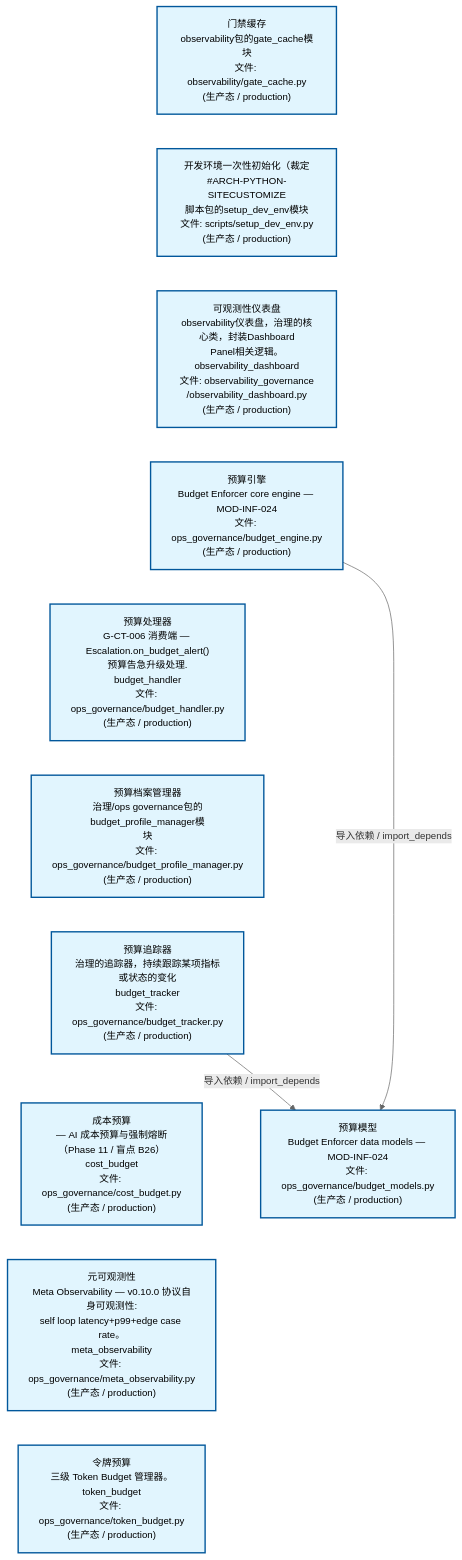
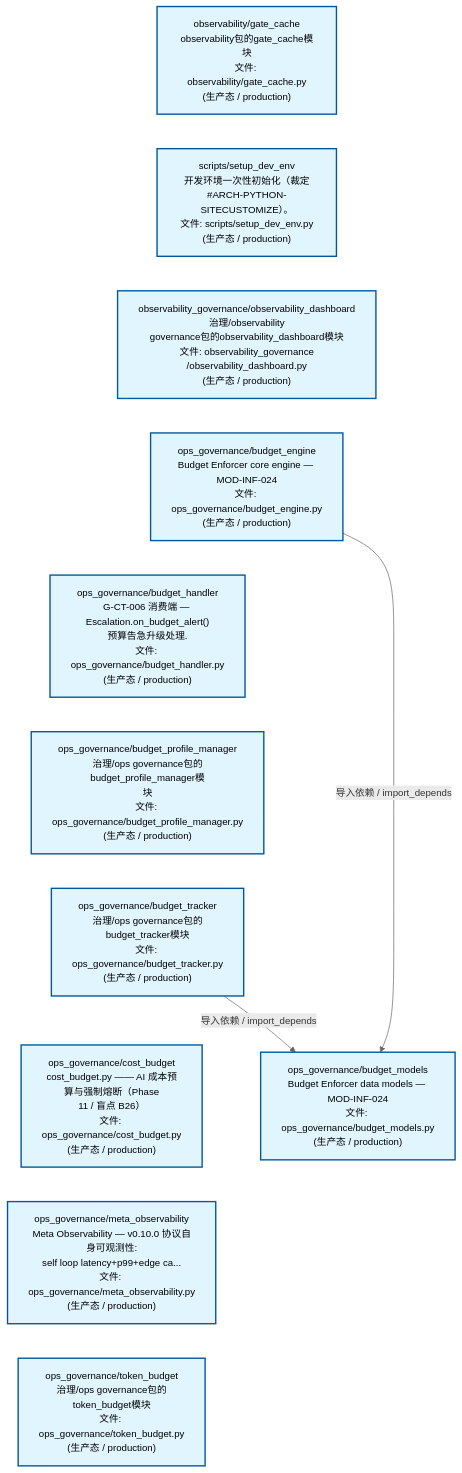
The second of 3 diagrams in docs/02_enterprise_architecture/02_domain_architecture_docs/24_d_ops.md (xuanFelixVan/ZephyrAlpha), drawn with Mermaid before and after one commit. The commit also changed other lines of this file and 58 other files, not shown here.

````diff
--- a/docs/02_enterprise_architecture/02_domain_architecture_docs/24_d_ops.md
+++ b/docs/02_enterprise_architecture/02_domain_architecture_docs/24_d_ops.md
@@ -126,31 +125,31 @@
 ```mermaid
 %%{init: {'theme': 'base', 'themeVariables': {'primaryColor': '#eaeaea', 'primaryTextColor': '#333333', 'primaryBorderColor': '#666666', 'lineColor': '#666666', 'secondaryColor': '#eaeaea', 'tertiaryColor': '#eaeaea', 'fontSize': '14px'}}}%%
 flowchart TD
-    scripts_governance_observability_gate_cache_py["门禁缓存<br/>observability包的gate_cache模块<br/>文件: observability/gate_cache.py<br/>(生产态 / production)"]
-    scripts_setup_dev_env_py["开发环境一次性初始化（裁定<br/>#ARCH-PYTHON-SITECUSTOMIZE<br/>脚本包的setup_dev_env模块<br/>文件: scripts/setup_dev_env.py<br/>(生产态 / production)"]
-    src_zephyr_governance_observability_governance_observability_dashboard_py["可观测性仪表盘<br/>observability仪表盘，治理的核心类，封装Dashboard<br/>Panel相关逻辑。<br/>observability_dashboard<br/>文件: observability_governance<br/>/observability_dashboard.py<br/>(生产态 / production)"]
-    src_zephyr_governance_ops_governance_budget_engine_py["预算引擎<br/>Budget Enforcer core engine — MOD-INF-024<br/>文件: ops_governance/budget_engine.py<br/>(生产态 / production)"]
-    src_zephyr_governance_ops_governance_budget_handler_py["预算处理器<br/>G-CT-006 消费端 — Escalation.on_budget_alert()<br/>预算告急升级处理.<br/>budget_handler<br/>文件: ops_governance/budget_handler.py<br/>(生产态 / production)"]
-    src_zephyr_governance_ops_governance_budget_profile_manager_py["预算档案管理器<br/>治理/ops governance包的budget_profile_manager模<br/>块<br/>文件: ops_governance/budget_profile_manager.py<br/>(生产态 / production)"]
-    src_zephyr_governance_ops_governance_budget_tracker_py["预算追踪器<br/>治理的追踪器，持续跟踪某项指标或状态的变化<br/>budget_tracker<br/>文件: ops_governance/budget_tracker.py<br/>(生产态 / production)"]
-    src_zephyr_governance_ops_governance_cost_budget_py["成本预算<br/>— AI 成本预算与强制熔断（Phase 11 / 盲点 B26）<br/>cost_budget<br/>文件: ops_governance/cost_budget.py<br/>(生产态 / production)"]
-    src_zephyr_governance_ops_governance_meta_observability_py["元可观测性<br/>Meta Observability — v0.10.0 协议自身可观测性:<br/>self loop latency+p99+edge case rate。<br/>meta_observability<br/>文件: ops_governance/meta_observability.py<br/>(生产态 / production)"]
-    src_zephyr_governance_ops_governance_token_budget_py["令牌预算<br/>三级 Token Budget 管理器。<br/>token_budget<br/>文件: ops_governance/token_budget.py<br/>(生产态 / production)"]
+    scripts_governance_observability_gate_cache_py["observability/gate_cache<br/>observability包的gate_cache模块<br/>文件: observability/gate_cache.py<br/>(生产态 / production)"]
+    scripts_setup_dev_env_py["scripts/setup_dev_env<br/>开发环境一次性初始化（裁定<br/>#ARCH-PYTHON-SITECUSTOMIZE）。<br/>文件: scripts/setup_dev_env.py<br/>(生产态 / production)"]
+    src_zephyr_governance_observability_governance_observability_dashboard_py["observability_governance/observability_dashboard<br/>治理/observability<br/>governance包的observability_dashboard模块<br/>文件: observability_governance<br/>/observability_dashboard.py<br/>(生产态 / production)"]
+    src_zephyr_governance_ops_governance_budget_engine_py["ops_governance/budget_engine<br/>Budget Enforcer core engine — MOD-INF-024<br/>文件: ops_governance/budget_engine.py<br/>(生产态 / production)"]
+    src_zephyr_governance_ops_governance_budget_handler_py["ops_governance/budget_handler<br/>G-CT-006 消费端 — Escalation.on_budget_alert()<br/>预算告急升级处理.<br/>文件: ops_governance/budget_handler.py<br/>(生产态 / production)"]
+    src_zephyr_governance_ops_governance_budget_profile_manager_py["ops_governance/budget_profile_manager<br/>治理/ops governance包的budget_profile_manager模<br/>块<br/>文件: ops_governance/budget_profile_manager.py<br/>(生产态 / production)"]
+    src_zephyr_governance_ops_governance_budget_tracker_py["ops_governance/budget_tracker<br/>治理/ops governance包的budget_tracker模块<br/>文件: ops_governance/budget_tracker.py<br/>(生产态 / production)"]
+    src_zephyr_governance_ops_governance_cost_budget_py["ops_governance/cost_budget<br/>cost_budget.py —— AI 成本预算与强制熔断（Phase<br/>11 / 盲点 B26）<br/>文件: ops_governance/cost_budget.py<br/>(生产态 / production)"]
+    src_zephyr_governance_ops_governance_meta_observability_py["ops_governance/meta_observability<br/>Meta Observability — v0.10.0 协议自身可观测性:<br/>self loop latency+p99+edge ca...<br/>文件: ops_governance/meta_observability.py<br/>(生产态 / production)"]
+    src_zephyr_governance_ops_governance_token_budget_py["ops_governance/token_budget<br/>治理/ops governance包的token_budget模块<br/>文件: ops_governance/token_budget.py<br/>(生产态 / production)"]
     scripts_governance_observability_gate_cache_py ~~~ scripts_setup_dev_env_py
     scripts_setup_dev_env_py ~~~ src_zephyr_governance_observability_governance_observability_dashboard_py
     src_zephyr_governance_observability_governance_observability_dashboard_py ~~~ src_zephyr_governance_ops_governance_budget_engine_py
     src_zephyr_governance_ops_governance_budget_engine_py ~~~ src_zephyr_governance_ops_governance_budget_handler_py
     src_zephyr_governance_ops_governance_budget_handler_py ~~~ src_zephyr_governance_ops_governance_budget_profile_manager_py
     src_zephyr_governance_ops_governance_budget_profile_manager_py ~~~ src_zephyr_governance_ops_governance_budget_tracker_py
     src_zephyr_governance_ops_governance_budget_tracker_py ~~~ src_zephyr_governance_ops_governance_cost_budget_py
     src_zephyr_governance_ops_governance_cost_budget_py ~~~ src_zephyr_governance_ops_governance_meta_observability_py
     src_zephyr_governance_ops_governance_meta_observability_py ~~~ src_zephyr_governance_ops_governance_token_budget_py
-    src_zephyr_governance_ops_governance_budget_models_py["预算模型<br/>Budget Enforcer data models — MOD-INF-024<br/>文件: ops_governance/budget_models.py<br/>(生产态 / production)"]
+    src_zephyr_governance_ops_governance_budget_models_py["ops_governance/budget_models<br/>Budget Enforcer data models — MOD-INF-024<br/>文件: ops_governance/budget_models.py<br/>(生产态 / production)"]
     src_zephyr_governance_ops_governance_budget_engine_py -->|导入依赖 / import_depends| src_zephyr_governance_ops_governance_budget_models_py
     src_zephyr_governance_ops_governance_budget_tracker_py -->|导入依赖 / import_depends| src_zephyr_governance_ops_governance_budget_models_py
     classDef production fill:#e1f5fe,stroke:#01579b,stroke-width:2px,color:#000
     classDef design fill:#fff3e0,stroke:#e65100,stroke-width:2px,color:#000,stroke-dasharray: 5 5
     classDef external_prod fill:#e8f4fd,stroke:#0277bd,stroke-width:1px,color:#000
     classDef external_design fill:#fff8e7,stroke:#ef6c00,stroke-width:1px,color:#000,stroke-dasharray: 5 5
     class scripts_governance_observability_gate_cache_py,scripts_setup_dev_env_py,src_zephyr_governance_observability_governance_observability_dashboard_py,src_zephyr_governance_ops_governance_budget_engine_py,src_zephyr_governance_ops_governance_budget_handler_py,src_zephyr_governance_ops_governance_budget_models_py,src_zephyr_governance_ops_governance_budget_profile_manager_py,src_zephyr_governance_ops_governance_budget_tracker_py,src_zephyr_governance_ops_governance_cost_budget_py,src_zephyr_governance_ops_governance_meta_observability_py,src_zephyr_governance_ops_governance_token_budget_py production
 ```
````
